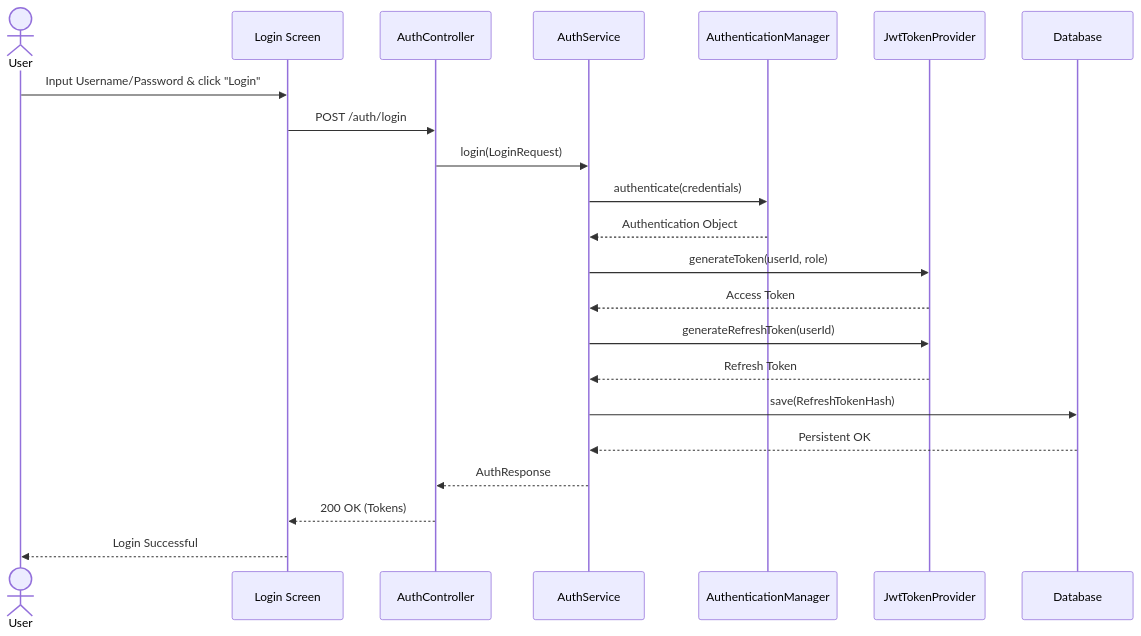
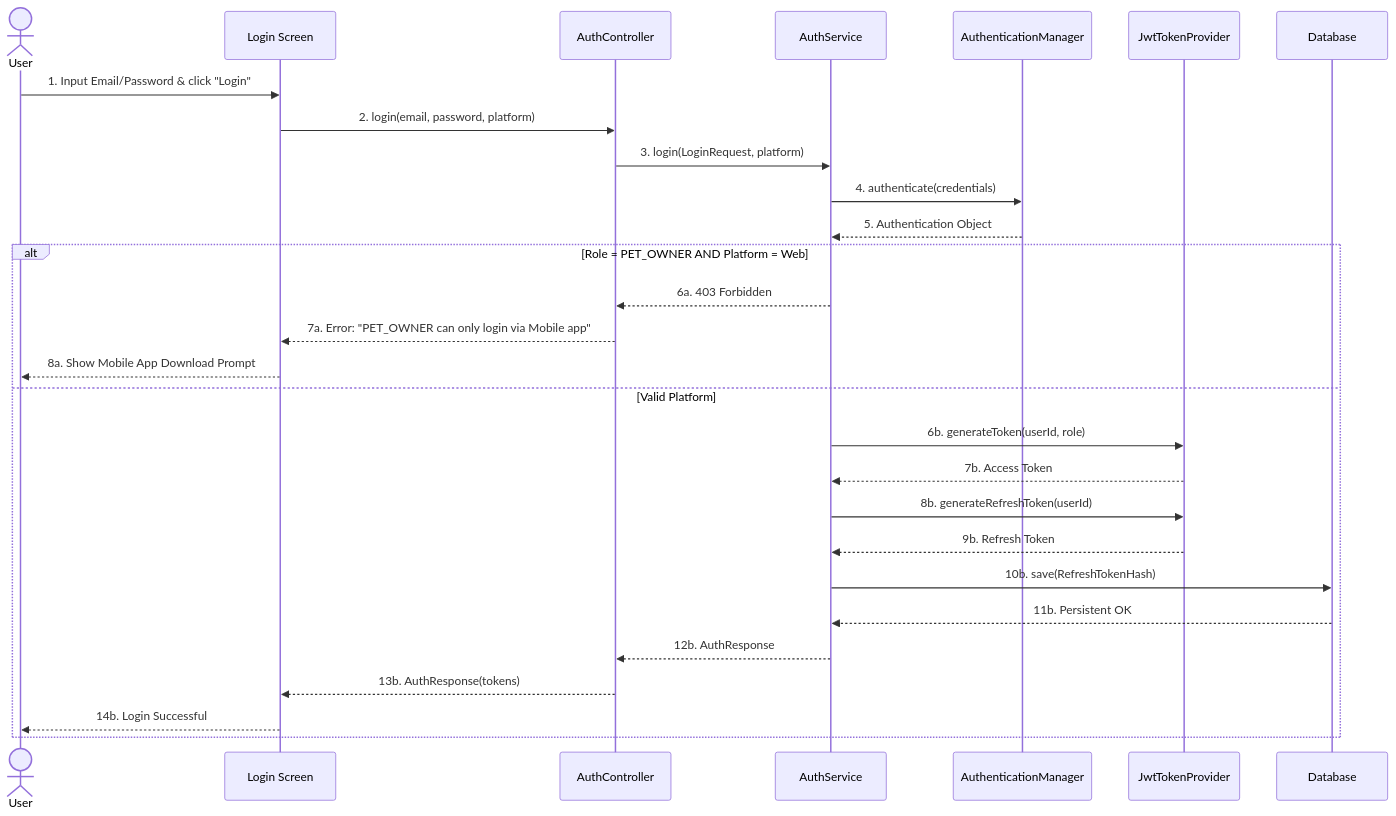
One commit to espresso23/Petties-Veterinary-Appointment-Booking-Platform changed the eighth of 28 diagrams in docs-references/documentation/SDD/REPORT_4_SDD_SYSTEM_DESIGN.md. Above: the diagram before and after it, drawn with Mermaid. The commit also changed other lines of this file and 3 other files, not shown here.

Commit message:
docs: standardize SRS/SDD formats and fix sequence diagram notation

````diff
--- a/docs-references/documentation/SDD/REPORT_4_SDD_SYSTEM_DESIGN.md
+++ b/docs-references/documentation/SDD/REPORT_4_SDD_SYSTEM_DESIGN.md
@@ -860,25 +892,32 @@
 ```mermaid
 sequenceDiagram
     actor User as User
     participant UI as Login Screen
     participant AC as AuthController
     participant AS as AuthService
     participant AM as AuthenticationManager
     participant JTP as JwtTokenProvider
     participant DB as Database
 
-    User->>UI: Input Username/Password & click "Login"
-    UI->>AC: POST /auth/login
-    AC->>AS: login(LoginRequest)
-    AS->>AM: authenticate(credentials)
-    AM-->>AS: Authentication Object
-    AS->>JTP: generateToken(userId, role)
-    JTP-->>AS: Access Token
-    AS->>JTP: generateRefreshToken(userId)
-    JTP-->>AS: Refresh Token
-    AS->>DB: save(RefreshTokenHash)
-    DB-->>AS: Persistent OK
-    AS-->>AC: AuthResponse
-    AC-->>UI: 200 OK (Tokens)
-    UI-->>User: Login Successful
+    User->>UI: 1. Input Email/Password & click "Login"
+    UI->>AC: 2. login(email, password, platform)
+    AC->>AS: 3. login(LoginRequest, platform)
+    AS->>AM: 4. authenticate(credentials)
+    AM-->>AS: 5. Authentication Object
+    
+    alt Role = PET_OWNER AND Platform = Web
+        AS-->>AC: 6a. 403 Forbidden
+        AC-->>UI: 7a. Error: "PET_OWNER can only login via Mobile app"
+        UI-->>User: 8a. Show Mobile App Download Prompt
+    else Valid Platform
+        AS->>JTP: 6b. generateToken(userId, role)
+        JTP-->>AS: 7b. Access Token
+        AS->>JTP: 8b. generateRefreshToken(userId)
+        JTP-->>AS: 9b. Refresh Token
+        AS->>DB: 10b. save(RefreshTokenHash)
+        DB-->>AS: 11b. Persistent OK
+        AS-->>AC: 12b. AuthResponse
+        AC-->>UI: 13b. AuthResponse(tokens)
+        UI-->>User: 14b. Login Successful
+    end
 ```
````
